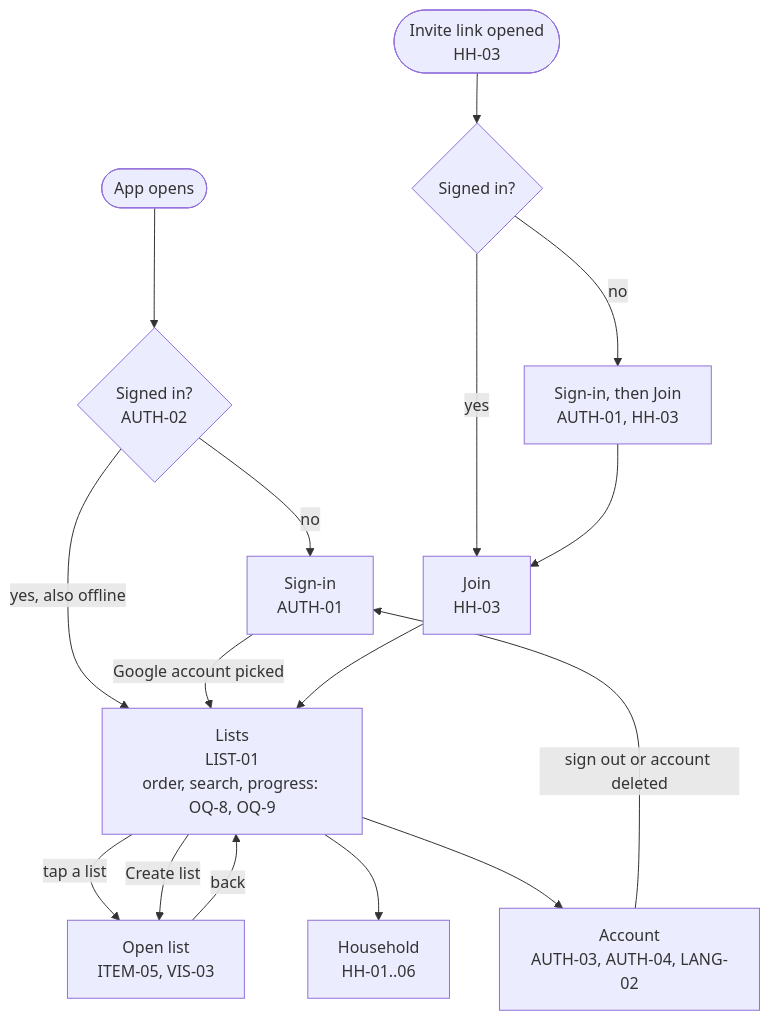
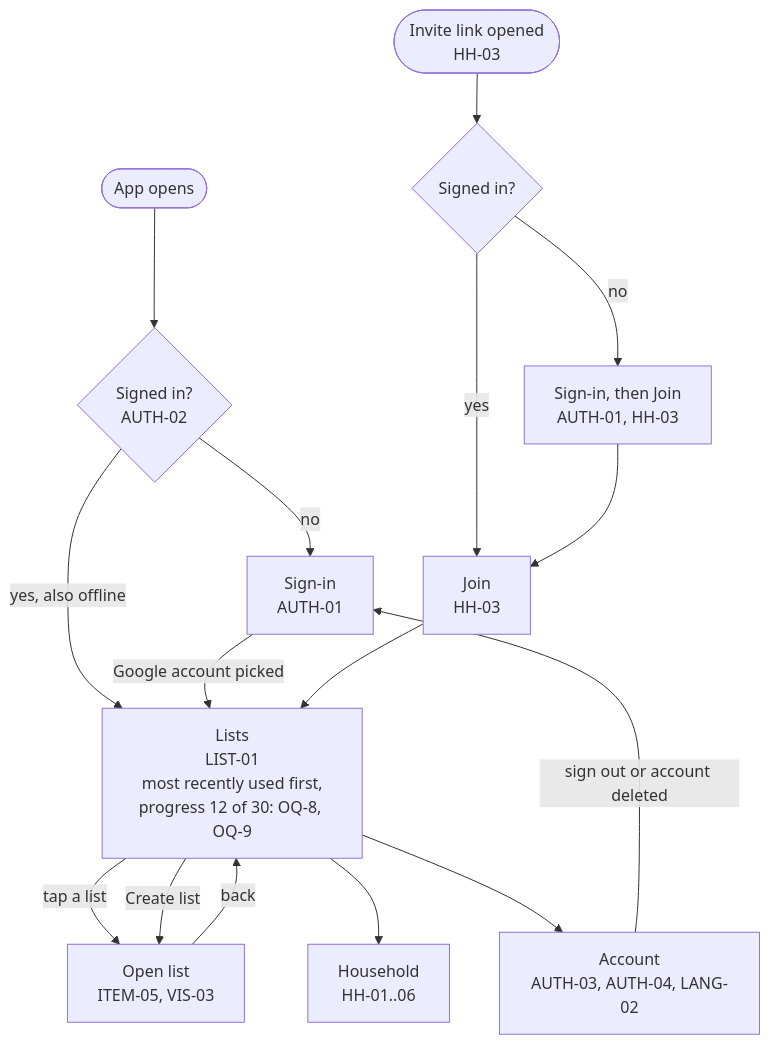
One commit to bondo/listicles2 changed the first of 10 diagrams in docs/product/flow.md. Above: the diagram before and after it, drawn with Mermaid. The commit also changed other lines of this file and 2 other files, not shown here.

First line of the commit message:
M0.5-03: draft visual-quality rubric; flow.md follows the owner decisions OQ-8..10, 14, 20..22

````diff
--- a/docs/product/flow.md
+++ b/docs/product/flow.md
@@ -27,18 +27,18 @@
 ```mermaid
 flowchart TD
     start(["App opens"]) --> signed{"Signed in?<br>AUTH-02"}
     signed -- "no" --> signin["Sign-in<br>AUTH-01"]
-    signed -- "yes, also offline" --> lists["Lists<br>LIST-01<br>order, search, progress: OQ-8, OQ-9"]
+    signed -- "yes, also offline" --> lists["Lists<br>LIST-01<br>most recently used first,<br>progress 12 of 30: OQ-8, OQ-9"]
     signin -- "Google account picked" --> lists
     link(["Invite link opened<br>HH-03"]) --> signed2{"Signed in?"}
     signed2 -- "no" --> signin2["Sign-in, then Join<br>AUTH-01, HH-03"]
     signed2 -- "yes" --> join["Join<br>HH-03"]
     signin2 --> join
     join --> lists
     lists -- "tap a list" --> open["Open list<br>ITEM-05, VIS-03"]
     lists -- "Create list" --> open
     lists --> household["Household<br>HH-01..06"]
     lists --> account["Account<br>AUTH-03, AUTH-04, LANG-02"]
     open -- "back" --> lists
     account -- "sign out or account deleted" --> signin
 ```
````
